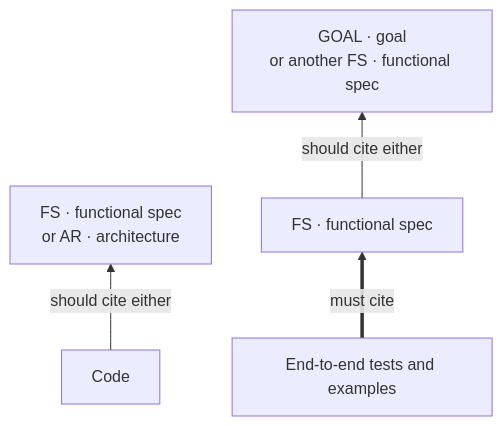
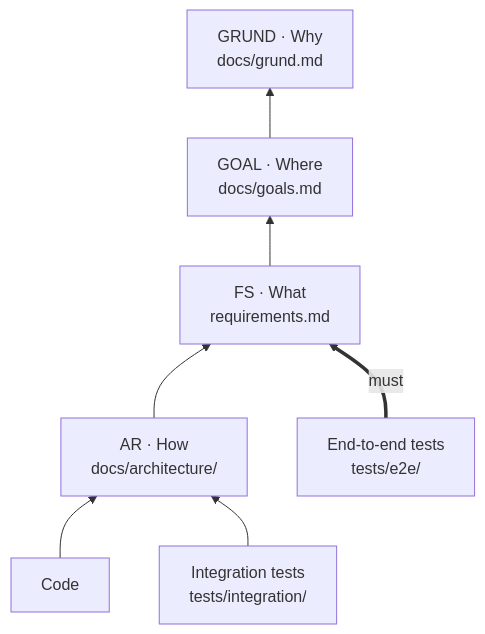
Before and after one commit to agent-grounds/grund: the diagram in README.md, drawn with Mermaid. The commit also changed other lines of this file and 6 other files, not shown here.

````diff
--- a/README.md
+++ b/README.md
@@ -94,6 +75,9 @@
 ```mermaid
 flowchart BT
-  code["Code"] -->|should cite either| implementation["FS · functional spec<br/>or AR · architecture"]
-  tests["End-to-end tests and examples"] == must cite ==> FS["FS · functional spec"]
-  FS -->|should cite either| purpose["GOAL · goal<br/>or another FS · functional spec"]
+  code["Code"] --> AR
+  integration["Integration tests<br/>tests/integration/"] --> AR
+  AR["AR · How<br/>docs/architecture/"] --> FS
+  e2e["End-to-end tests<br/>tests/e2e/"] == must ==> FS
+  FS["FS · What<br/>requirements.md"] --> GOAL
+  GOAL["GOAL · Where<br/>docs/goals.md"] --> GRUND["GRUND · Why<br/>docs/grund.md"]
 ```
````
